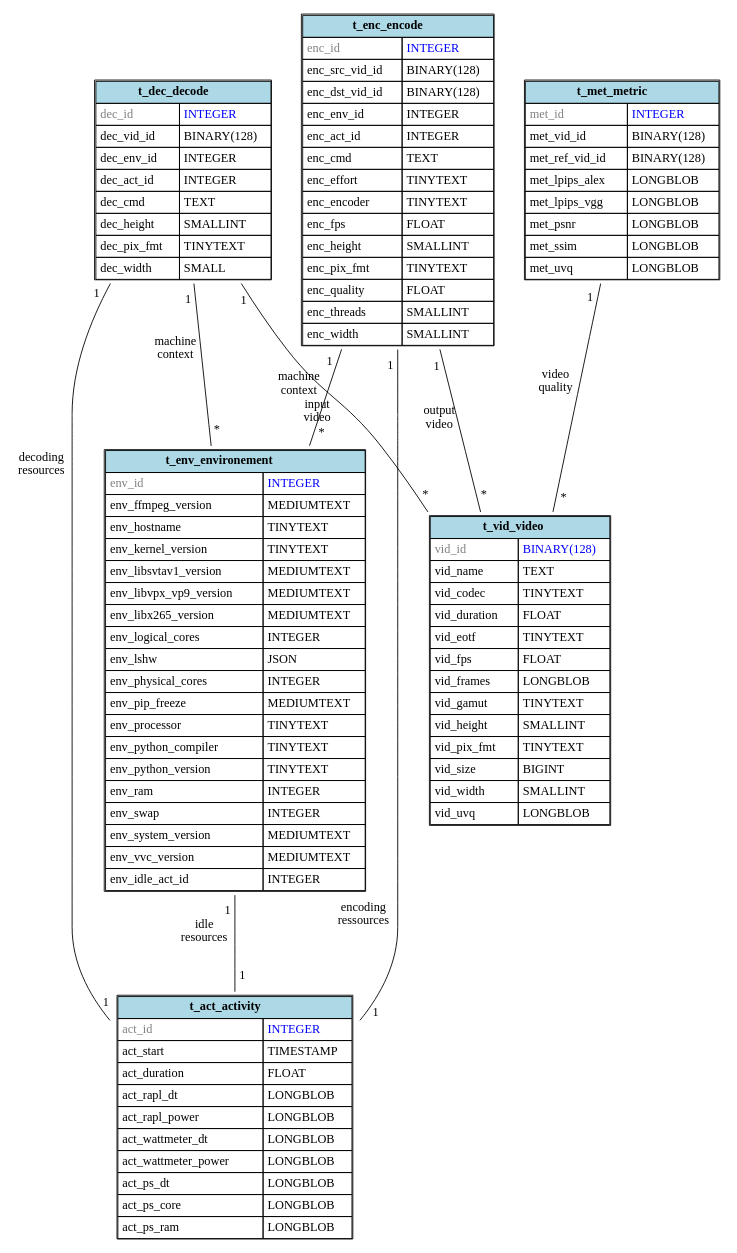
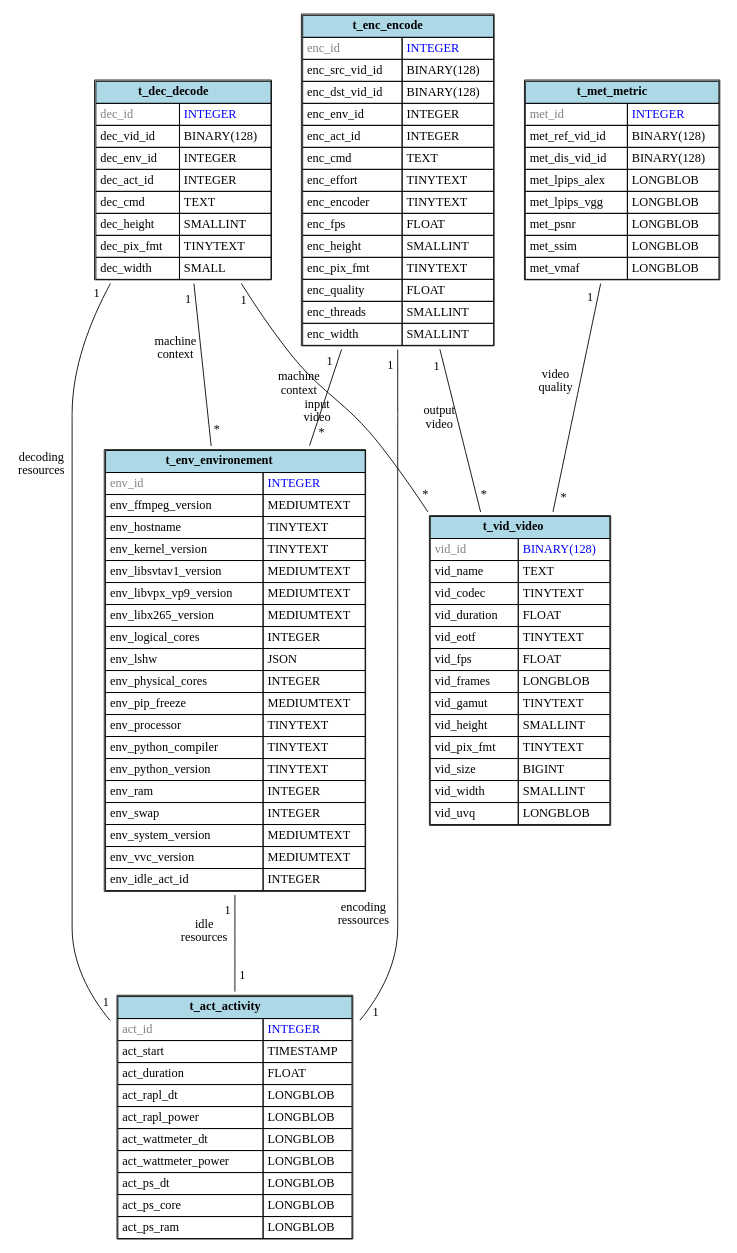
Before and after one commit to robinechuca/mendevi: the diagram in docs/images/database.dot, drawn with Graphviz. The commit also changed 7 other files, not shown here.

```diff
--- a/docs/images/database.dot
+++ b/docs/images/database.dot
@@ -1,126 +1,126 @@
 # dot -Tsvg database.dot > database.svg
 graph database {
   node [shape=plaintext]
   t_act_activity [
     label=<
       <TABLE BORDER="1" CELLBORDER="1" CELLSPACING="0" CELLPADDING="4">
         <TR><TD COLSPAN="2" BGCOLOR="lightblue"><B>t_act_activity</B></TD></TR>
         <TR><TD ALIGN="LEFT"><FONT COLOR="gray">act_id</FONT></TD><TD ALIGN="LEFT"><FONT COLOR="blue">INTEGER</FONT></TD></TR>
         <TR><TD ALIGN="LEFT">act_start</TD><TD ALIGN="LEFT">TIMESTAMP</TD></TR>
         <TR><TD ALIGN="LEFT">act_duration</TD><TD ALIGN="LEFT">FLOAT</TD></TR>
         <TR><TD ALIGN="LEFT">act_rapl_dt</TD><TD ALIGN="LEFT">LONGBLOB</TD></TR>
         <TR><TD ALIGN="LEFT">act_rapl_power</TD><TD ALIGN="LEFT">LONGBLOB</TD></TR>
         <TR><TD ALIGN="LEFT">act_wattmeter_dt</TD><TD ALIGN="LEFT">LONGBLOB</TD></TR>
         <TR><TD ALIGN="LEFT">act_wattmeter_power</TD><TD ALIGN="LEFT">LONGBLOB</TD></TR>
         <TR><TD ALIGN="LEFT">act_ps_dt</TD><TD ALIGN="LEFT">LONGBLOB</TD></TR>
         <TR><TD ALIGN="LEFT">act_ps_core</TD><TD ALIGN="LEFT">LONGBLOB</TD></TR>
         <TR><TD ALIGN="LEFT">act_ps_ram</TD><TD ALIGN="LEFT">LONGBLOB</TD></TR>
       </TABLE>
     >
   ];
   t_vid_video [
     label=<
       <TABLE BORDER="1" CELLBORDER="1" CELLSPACING="0" CELLPADDING="4">
         <TR><TD COLSPAN="2" BGCOLOR="lightblue"><B>t_vid_video</B></TD></TR>
         <TR><TD ALIGN="LEFT"><FONT COLOR="gray">vid_id</FONT></TD><TD ALIGN="LEFT"><FONT COLOR="blue">BINARY(128)</FONT></TD></TR>
         <TR><TD ALIGN="LEFT">vid_name</TD><TD ALIGN="LEFT">TEXT</TD></TR>
         <TR><TD ALIGN="LEFT">vid_codec</TD><TD ALIGN="LEFT">TINYTEXT</TD></TR>
         <TR><TD ALIGN="LEFT">vid_duration</TD><TD ALIGN="LEFT">FLOAT</TD></TR>
         <TR><TD ALIGN="LEFT">vid_eotf</TD><TD ALIGN="LEFT">TINYTEXT</TD></TR>
         <TR><TD ALIGN="LEFT">vid_fps</TD><TD ALIGN="LEFT">FLOAT</TD></TR>
         <TR><TD ALIGN="LEFT">vid_frames</TD><TD ALIGN="LEFT">LONGBLOB</TD></TR>
         <TR><TD ALIGN="LEFT">vid_gamut</TD><TD ALIGN="LEFT">TINYTEXT</TD></TR>
         <TR><TD ALIGN="LEFT">vid_height</TD><TD ALIGN="LEFT">SMALLINT</TD></TR>
         <TR><TD ALIGN="LEFT">vid_pix_fmt</TD><TD ALIGN="LEFT">TINYTEXT</TD></TR>
         <TR><TD ALIGN="LEFT">vid_size</TD><TD ALIGN="LEFT">BIGINT</TD></TR>
         <TR><TD ALIGN="LEFT">vid_width</TD><TD ALIGN="LEFT">SMALLINT</TD></TR>
         <TR><TD ALIGN="LEFT">vid_uvq</TD><TD ALIGN="LEFT">LONGBLOB</TD></TR>
       </TABLE>
     >
   ];
   t_met_metric [
     label=<
       <TABLE BORDER="1" CELLBORDER="1" CELLSPACING="0" CELLPADDING="4">
         <TR><TD COLSPAN="2" BGCOLOR="lightblue"><B>t_met_metric</B></TD></TR>
         <TR><TD ALIGN="LEFT"><FONT COLOR="gray">met_id</FONT></TD><TD ALIGN="LEFT"><FONT COLOR="blue">INTEGER</FONT></TD></TR>
-        <TR><TD ALIGN="LEFT">met_vid_id</TD><TD ALIGN="LEFT">BINARY(128)</TD></TR>
         <TR><TD ALIGN="LEFT">met_ref_vid_id</TD><TD ALIGN="LEFT">BINARY(128)</TD></TR>
+        <TR><TD ALIGN="LEFT">met_dis_vid_id</TD><TD ALIGN="LEFT">BINARY(128)</TD></TR>
         <TR><TD ALIGN="LEFT">met_lpips_alex</TD><TD ALIGN="LEFT">LONGBLOB</TD></TR>
         <TR><TD ALIGN="LEFT">met_lpips_vgg</TD><TD ALIGN="LEFT">LONGBLOB</TD></TR>
         <TR><TD ALIGN="LEFT">met_psnr</TD><TD ALIGN="LEFT">LONGBLOB</TD></TR>
         <TR><TD ALIGN="LEFT">met_ssim</TD><TD ALIGN="LEFT">LONGBLOB</TD></TR>
-        <TR><TD ALIGN="LEFT">met_uvq</TD><TD ALIGN="LEFT">LONGBLOB</TD></TR>
+        <TR><TD ALIGN="LEFT">met_vmaf</TD><TD ALIGN="LEFT">LONGBLOB</TD></TR>
       </TABLE>
     >
   ];
   t_env_environement [
     label=<
       <TABLE BORDER="1" CELLBORDER="1" CELLSPACING="0" CELLPADDING="4">
         <TR><TD COLSPAN="2" BGCOLOR="lightblue"><B>t_env_environement</B></TD></TR>
         <TR><TD ALIGN="LEFT"><FONT COLOR="gray">env_id</FONT></TD><TD ALIGN="LEFT"><FONT COLOR="blue">INTEGER</FONT></TD></TR>
         <TR><TD ALIGN="LEFT">env_ffmpeg_version</TD><TD ALIGN="LEFT">MEDIUMTEXT</TD></TR>
         <TR><TD ALIGN="LEFT">env_hostname</TD><TD ALIGN="LEFT">TINYTEXT</TD></TR>
         <TR><TD ALIGN="LEFT">env_kernel_version</TD><TD ALIGN="LEFT">TINYTEXT</TD></TR>
         <TR><TD ALIGN="LEFT">env_libsvtav1_version</TD><TD ALIGN="LEFT">MEDIUMTEXT</TD></TR>
         <TR><TD ALIGN="LEFT">env_libvpx_vp9_version</TD><TD ALIGN="LEFT">MEDIUMTEXT</TD></TR>
         <TR><TD ALIGN="LEFT">env_libx265_version</TD><TD ALIGN="LEFT">MEDIUMTEXT</TD></TR>
         <TR><TD ALIGN="LEFT">env_logical_cores</TD><TD ALIGN="LEFT">INTEGER</TD></TR>
         <TR><TD ALIGN="LEFT">env_lshw</TD><TD ALIGN="LEFT">JSON</TD></TR>
         <TR><TD ALIGN="LEFT">env_physical_cores</TD><TD ALIGN="LEFT">INTEGER</TD></TR>
         <TR><TD ALIGN="LEFT">env_pip_freeze</TD><TD ALIGN="LEFT">MEDIUMTEXT</TD></TR>
         <TR><TD ALIGN="LEFT">env_processor</TD><TD ALIGN="LEFT">TINYTEXT</TD></TR>
         <TR><TD ALIGN="LEFT">env_python_compiler</TD><TD ALIGN="LEFT">TINYTEXT</TD></TR>
         <TR><TD ALIGN="LEFT">env_python_version</TD><TD ALIGN="LEFT">TINYTEXT</TD></TR>
         <TR><TD ALIGN="LEFT">env_ram</TD><TD ALIGN="LEFT">INTEGER</TD></TR>
         <TR><TD ALIGN="LEFT">env_swap</TD><TD ALIGN="LEFT">INTEGER</TD></TR>
         <TR><TD ALIGN="LEFT">env_system_version</TD><TD ALIGN="LEFT">MEDIUMTEXT</TD></TR>
         <TR><TD ALIGN="LEFT">env_vvc_version</TD><TD ALIGN="LEFT">MEDIUMTEXT</TD></TR>
         <TR><TD ALIGN="LEFT">env_idle_act_id</TD><TD ALIGN="LEFT">INTEGER</TD></TR>
       </TABLE>
     >
   ];
   t_dec_decode [
     label=<
       <TABLE BORDER="1" CELLBORDER="1" CELLSPACING="0" CELLPADDING="4">
         <TR><TD COLSPAN="2" BGCOLOR="lightblue"><B>t_dec_decode</B></TD></TR>
         <TR><TD ALIGN="LEFT"><FONT COLOR="gray">dec_id</FONT></TD><TD ALIGN="LEFT"><FONT COLOR="blue">INTEGER</FONT></TD></TR>
         <TR><TD ALIGN="LEFT">dec_vid_id</TD><TD ALIGN="LEFT">BINARY(128)</TD></TR>
         <TR><TD ALIGN="LEFT">dec_env_id</TD><TD ALIGN="LEFT">INTEGER</TD></TR>
         <TR><TD ALIGN="LEFT">dec_act_id</TD><TD ALIGN="LEFT">INTEGER</TD></TR>
         <TR><TD ALIGN="LEFT">dec_cmd</TD><TD ALIGN="LEFT">TEXT</TD></TR>
         <TR><TD ALIGN="LEFT">dec_height</TD><TD ALIGN="LEFT">SMALLINT</TD></TR>
         <TR><TD ALIGN="LEFT">dec_pix_fmt</TD><TD ALIGN="LEFT">TINYTEXT</TD></TR>
         <TR><TD ALIGN="LEFT">dec_width</TD><TD ALIGN="LEFT">SMALL</TD></TR>
       </TABLE>
     >
   ];
   t_enc_encode [
     label=<
       <TABLE BORDER="1" CELLBORDER="1" CELLSPACING="0" CELLPADDING="4">
         <TR><TD COLSPAN="2" BGCOLOR="lightblue"><B>t_enc_encode</B></TD></TR>
         <TR><TD ALIGN="LEFT"><FONT COLOR="gray">enc_id</FONT></TD><TD ALIGN="LEFT"><FONT COLOR="blue">INTEGER</FONT></TD></TR>
         <TR><TD ALIGN="LEFT">enc_src_vid_id</TD><TD ALIGN="LEFT">BINARY(128)</TD></TR>
         <TR><TD ALIGN="LEFT">enc_dst_vid_id</TD><TD ALIGN="LEFT">BINARY(128)</TD></TR>
         <TR><TD ALIGN="LEFT">enc_env_id</TD><TD ALIGN="LEFT">INTEGER</TD></TR>
         <TR><TD ALIGN="LEFT">enc_act_id</TD><TD ALIGN="LEFT">INTEGER</TD></TR>
         <TR><TD ALIGN="LEFT">enc_cmd</TD><TD ALIGN="LEFT">TEXT</TD></TR>
         <TR><TD ALIGN="LEFT">enc_effort</TD><TD ALIGN="LEFT">TINYTEXT</TD></TR>
         <TR><TD ALIGN="LEFT">enc_encoder</TD><TD ALIGN="LEFT">TINYTEXT</TD></TR>
         <TR><TD ALIGN="LEFT">enc_fps</TD><TD ALIGN="LEFT">FLOAT</TD></TR>
         <TR><TD ALIGN="LEFT">enc_height</TD><TD ALIGN="LEFT">SMALLINT</TD></TR>
         <TR><TD ALIGN="LEFT">enc_pix_fmt</TD><TD ALIGN="LEFT">TINYTEXT</TD></TR>
         <TR><TD ALIGN="LEFT">enc_quality</TD><TD ALIGN="LEFT">FLOAT</TD></TR>
         <TR><TD ALIGN="LEFT">enc_threads</TD><TD ALIGN="LEFT">SMALLINT</TD></TR>
         <TR><TD ALIGN="LEFT">enc_width</TD><TD ALIGN="LEFT">SMALLINT</TD></TR>
       </TABLE>
     >
   ];
   t_enc_encode -- t_act_activity [minlen=3, taillabel="1", headlabel="1", xlabel="encoding\nressources", labeldistance=2.0]
   t_enc_encode -- t_env_environement [minlen=3, taillabel="1", headlabel="*", xlabel="machine\ncontext", labeldistance=2.0]
   t_enc_encode -- t_vid_video [minlen=3, taillabel="1", headlabel="*", xlabel="output\nvideo", labeldistance=2.0]
   t_met_metric -- t_vid_video [minlen=3, taillabel="1", headlabel="*", xlabel="video\nquality", labeldistance=2.0]
   t_dec_decode -- t_act_activity [minlen=3, taillabel="1", headlabel="1", xlabel="decoding\nresources", labeldistance=2.0]
   t_dec_decode -- t_env_environement [minlen=3, taillabel="1", headlabel="*", xlabel="machine\ncontext", labeldistance=2.0]
   t_dec_decode -- t_vid_video [minlen=3, taillabel="1", headlabel="*", xlabel="input\nvideo", labeldistance=2.0]
   t_env_environement -- t_act_activity [minlen=3, taillabel="1", headlabel="1", xlabel="idle\nresources", labeldistance=2.0]
 }
```
